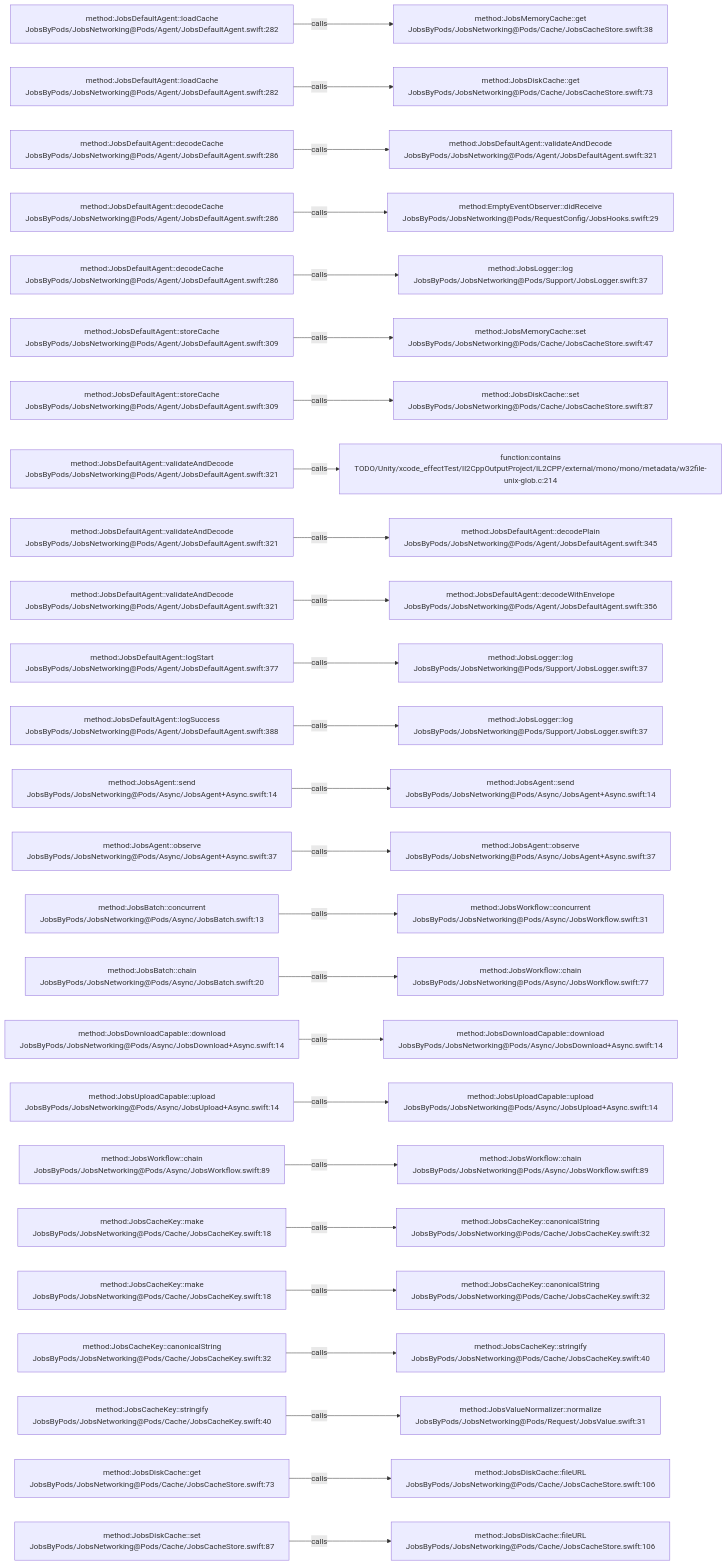
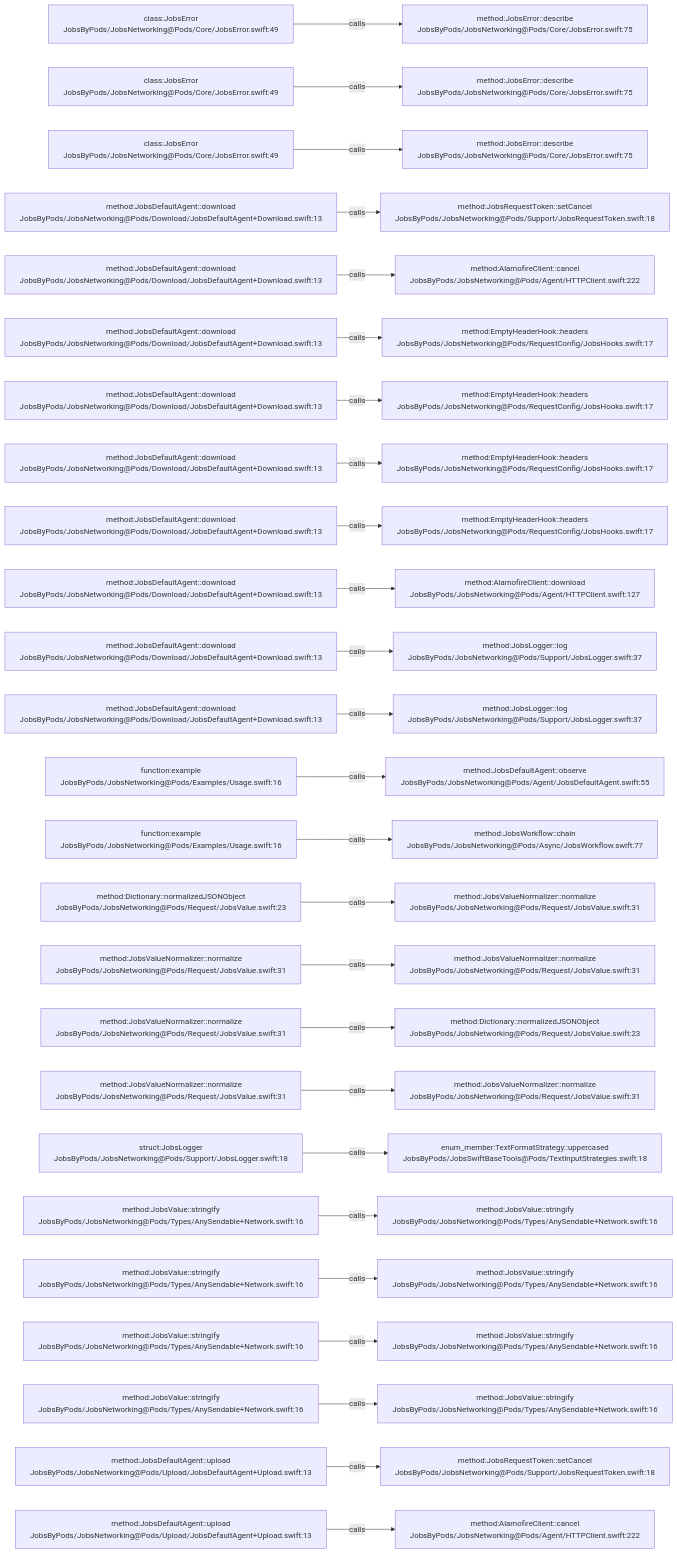
The diagram in .codegraph/codegraph.md/graphs/calls-010.md (JobsKits/JobsSwiftBaseConfigDemo), drawn with Mermaid before and after one commit. The commit also changed 2959 other files, not shown here.

````diff
--- a/.codegraph/codegraph.md/graphs/calls-010.md
+++ b/.codegraph/codegraph.md/graphs/calls-010.md
@@ -13,78 +13,78 @@
 ```mermaid
 flowchart LR
-  S1["method:JobsDefaultAgent::loadCache<br/>JobsByPods/JobsNetworking@Pods/Agent/JobsDefaultAgent.swift:282"]
-  T1["method:JobsMemoryCache::get<br/>JobsByPods/JobsNetworking@Pods/Cache/JobsCacheStore.swift:38"]
+  S1["class:JobsError<br/>JobsByPods/JobsNetworking@Pods/Core/JobsError.swift:49"]
+  T1["method:JobsError::describe<br/>JobsByPods/JobsNetworking@Pods/Core/JobsError.swift:75"]
   S1 -->|calls| T1
-  S2["method:JobsDefaultAgent::loadCache<br/>JobsByPods/JobsNetworking@Pods/Agent/JobsDefaultAgent.swift:282"]
-  T2["method:JobsDiskCache::get<br/>JobsByPods/JobsNetworking@Pods/Cache/JobsCacheStore.swift:73"]
+  S2["class:JobsError<br/>JobsByPods/JobsNetworking@Pods/Core/JobsError.swift:49"]
+  T2["method:JobsError::describe<br/>JobsByPods/JobsNetworking@Pods/Core/JobsError.swift:75"]
   S2 -->|calls| T2
-  S3["method:JobsDefaultAgent::decodeCache<br/>JobsByPods/JobsNetworking@Pods/Agent/JobsDefaultAgent.swift:286"]
-  T3["method:JobsDefaultAgent::validateAndDecode<br/>JobsByPods/JobsNetworking@Pods/Agent/JobsDefaultAgent.swift:321"]
+  S3["class:JobsError<br/>JobsByPods/JobsNetworking@Pods/Core/JobsError.swift:49"]
+  T3["method:JobsError::describe<br/>JobsByPods/JobsNetworking@Pods/Core/JobsError.swift:75"]
   S3 -->|calls| T3
-  S4["method:JobsDefaultAgent::decodeCache<br/>JobsByPods/JobsNetworking@Pods/Agent/JobsDefaultAgent.swift:286"]
-  T4["method:EmptyEventObserver::didReceive<br/>JobsByPods/JobsNetworking@Pods/RequestConfig/JobsHooks.swift:29"]
+  S4["method:JobsDefaultAgent::download<br/>JobsByPods/JobsNetworking@Pods/Download/JobsDefaultAgent+Download.swift:13"]
+  T4["method:JobsRequestToken::setCancel<br/>JobsByPods/JobsNetworking@Pods/Support/JobsRequestToken.swift:18"]
   S4 -->|calls| T4
-  S5["method:JobsDefaultAgent::decodeCache<br/>JobsByPods/JobsNetworking@Pods/Agent/JobsDefaultAgent.swift:286"]
-  T5["method:JobsLogger::log<br/>JobsByPods/JobsNetworking@Pods/Support/JobsLogger.swift:37"]
+  S5["method:JobsDefaultAgent::download<br/>JobsByPods/JobsNetworking@Pods/Download/JobsDefaultAgent+Download.swift:13"]
+  T5["method:AlamofireClient::cancel<br/>JobsByPods/JobsNetworking@Pods/Agent/HTTPClient.swift:222"]
   S5 -->|calls| T5
-  S6["method:JobsDefaultAgent::storeCache<br/>JobsByPods/JobsNetworking@Pods/Agent/JobsDefaultAgent.swift:309"]
-  T6["method:JobsMemoryCache::set<br/>JobsByPods/JobsNetworking@Pods/Cache/JobsCacheStore.swift:47"]
+  S6["method:JobsDefaultAgent::download<br/>JobsByPods/JobsNetworking@Pods/Download/JobsDefaultAgent+Download.swift:13"]
+  T6["method:EmptyHeaderHook::headers<br/>JobsByPods/JobsNetworking@Pods/RequestConfig/JobsHooks.swift:17"]
   S6 -->|calls| T6
-  S7["method:JobsDefaultAgent::storeCache<br/>JobsByPods/JobsNetworking@Pods/Agent/JobsDefaultAgent.swift:309"]
-  T7["method:JobsDiskCache::set<br/>JobsByPods/JobsNetworking@Pods/Cache/JobsCacheStore.swift:87"]
+  S7["method:JobsDefaultAgent::download<br/>JobsByPods/JobsNetworking@Pods/Download/JobsDefaultAgent+Download.swift:13"]
+  T7["method:EmptyHeaderHook::headers<br/>JobsByPods/JobsNetworking@Pods/RequestConfig/JobsHooks.swift:17"]
   S7 -->|calls| T7
-  S8["method:JobsDefaultAgent::validateAndDecode<br/>JobsByPods/JobsNetworking@Pods/Agent/JobsDefaultAgent.swift:321"]
-  T8["function:contains<br/>TODO/Unity/xcode_effectTest/Il2CppOutputProject/IL2CPP/external/mono/mono/metadata/w32file-unix-glob.c:214"]
+  S8["method:JobsDefaultAgent::download<br/>JobsByPods/JobsNetworking@Pods/Download/JobsDefaultAgent+Download.swift:13"]
+  T8["method:EmptyHeaderHook::headers<br/>JobsByPods/JobsNetworking@Pods/RequestConfig/JobsHooks.swift:17"]
   S8 -->|calls| T8
-  S9["method:JobsDefaultAgent::validateAndDecode<br/>JobsByPods/JobsNetworking@Pods/Agent/JobsDefaultAgent.swift:321"]
-  T9["method:JobsDefaultAgent::decodePlain<br/>JobsByPods/JobsNetworking@Pods/Agent/JobsDefaultAgent.swift:345"]
+  S9["method:JobsDefaultAgent::download<br/>JobsByPods/JobsNetworking@Pods/Download/JobsDefaultAgent+Download.swift:13"]
+  T9["method:EmptyHeaderHook::headers<br/>JobsByPods/JobsNetworking@Pods/RequestConfig/JobsHooks.swift:17"]
   S9 -->|calls| T9
-  S10["method:JobsDefaultAgent::validateAndDecode<br/>JobsByPods/JobsNetworking@Pods/Agent/JobsDefaultAgent.swift:321"]
-  T10["method:JobsDefaultAgent::decodeWithEnvelope<br/>JobsByPods/JobsNetworking@Pods/Agent/JobsDefaultAgent.swift:356"]
+  S10["method:JobsDefaultAgent::download<br/>JobsByPods/JobsNetworking@Pods/Download/JobsDefaultAgent+Download.swift:13"]
+  T10["method:AlamofireClient::download<br/>JobsByPods/JobsNetworking@Pods/Agent/HTTPClient.swift:127"]
   S10 -->|calls| T10
-  S11["method:JobsDefaultAgent::logStart<br/>JobsByPods/JobsNetworking@Pods/Agent/JobsDefaultAgent.swift:377"]
+  S11["method:JobsDefaultAgent::download<br/>JobsByPods/JobsNetworking@Pods/Download/JobsDefaultAgent+Download.swift:13"]
   T11["method:JobsLogger::log<br/>JobsByPods/JobsNetworking@Pods/Support/JobsLogger.swift:37"]
   S11 -->|calls| T11
-  S12["method:JobsDefaultAgent::logSuccess<br/>JobsByPods/JobsNetworking@Pods/Agent/JobsDefaultAgent.swift:388"]
+  S12["method:JobsDefaultAgent::download<br/>JobsByPods/JobsNetworking@Pods/Download/JobsDefaultAgent+Download.swift:13"]
   T12["method:JobsLogger::log<br/>JobsByPods/JobsNetworking@Pods/Support/JobsLogger.swift:37"]
   S12 -->|calls| T12
-  S13["method:JobsAgent::send<br/>JobsByPods/JobsNetworking@Pods/Async/JobsAgent+Async.swift:14"]
-  T13["method:JobsAgent::send<br/>JobsByPods/JobsNetworking@Pods/Async/JobsAgent+Async.swift:14"]
+  S13["function:example<br/>JobsByPods/JobsNetworking@Pods/Examples/Usage.swift:16"]
+  T13["method:JobsDefaultAgent::observe<br/>JobsByPods/JobsNetworking@Pods/Agent/JobsDefaultAgent.swift:55"]
   S13 -->|calls| T13
-  S14["method:JobsAgent::observe<br/>JobsByPods/JobsNetworking@Pods/Async/JobsAgent+Async.swift:37"]
-  T14["method:JobsAgent::observe<br/>JobsByPods/JobsNetworking@Pods/Async/JobsAgent+Async.swift:37"]
+  S14["function:example<br/>JobsByPods/JobsNetworking@Pods/Examples/Usage.swift:16"]
+  T14["method:JobsWorkflow::chain<br/>JobsByPods/JobsNetworking@Pods/Async/JobsWorkflow.swift:77"]
   S14 -->|calls| T14
-  S15["method:JobsBatch::concurrent<br/>JobsByPods/JobsNetworking@Pods/Async/JobsBatch.swift:13"]
-  T15["method:JobsWorkflow::concurrent<br/>JobsByPods/JobsNetworking@Pods/Async/JobsWorkflow.swift:31"]
+  S15["method:Dictionary::normalizedJSONObject<br/>JobsByPods/JobsNetworking@Pods/Request/JobsValue.swift:23"]
+  T15["method:JobsValueNormalizer::normalize<br/>JobsByPods/JobsNetworking@Pods/Request/JobsValue.swift:31"]
   S15 -->|calls| T15
-  S16["method:JobsBatch::chain<br/>JobsByPods/JobsNetworking@Pods/Async/JobsBatch.swift:20"]
-  T16["method:JobsWorkflow::chain<br/>JobsByPods/JobsNetworking@Pods/Async/JobsWorkflow.swift:77"]
+  S16["method:JobsValueNormalizer::normalize<br/>JobsByPods/JobsNetworking@Pods/Request/JobsValue.swift:31"]
+  T16["method:JobsValueNormalizer::normalize<br/>JobsByPods/JobsNetworking@Pods/Request/JobsValue.swift:31"]
   S16 -->|calls| T16
-  S17["method:JobsDownloadCapable::download<br/>JobsByPods/JobsNetworking@Pods/Async/JobsDownload+Async.swift:14"]
-  T17["method:JobsDownloadCapable::download<br/>JobsByPods/JobsNetworking@Pods/Async/JobsDownload+Async.swift:14"]
+  S17["method:JobsValueNormalizer::normalize<br/>JobsByPods/JobsNetworking@Pods/Request/JobsValue.swift:31"]
+  T17["method:Dictionary::normalizedJSONObject<br/>JobsByPods/JobsNetworking@Pods/Request/JobsValue.swift:23"]
   S17 -->|calls| T17
-  S18["method:JobsUploadCapable::upload<br/>JobsByPods/JobsNetworking@Pods/Async/JobsUpload+Async.swift:14"]
-  T18["method:JobsUploadCapable::upload<br/>JobsByPods/JobsNetworking@Pods/Async/JobsUpload+Async.swift:14"]
+  S18["method:JobsValueNormalizer::normalize<br/>JobsByPods/JobsNetworking@Pods/Request/JobsValue.swift:31"]
+  T18["method:JobsValueNormalizer::normalize<br/>JobsByPods/JobsNetworking@Pods/Request/JobsValue.swift:31"]
   S18 -->|calls| T18
-  S19["method:JobsWorkflow::chain<br/>JobsByPods/JobsNetworking@Pods/Async/JobsWorkflow.swift:89"]
-  T19["method:JobsWorkflow::chain<br/>JobsByPods/JobsNetworking@Pods/Async/JobsWorkflow.swift:89"]
+  S19["struct:JobsLogger<br/>JobsByPods/JobsNetworking@Pods/Support/JobsLogger.swift:18"]
+  T19["enum_member:TextFormatStrategy::uppercased<br/>JobsByPods/JobsSwiftBaseTools@Pods/TextInputStrategies.swift:18"]
   S19 -->|calls| T19
-  S20["method:JobsCacheKey::make<br/>JobsByPods/JobsNetworking@Pods/Cache/JobsCacheKey.swift:18"]
-  T20["method:JobsCacheKey::canonicalString<br/>JobsByPods/JobsNetworking@Pods/Cache/JobsCacheKey.swift:32"]
+  S20["method:JobsValue::stringify<br/>JobsByPods/JobsNetworking@Pods/Types/AnySendable+Network.swift:16"]
+  T20["method:JobsValue::stringify<br/>JobsByPods/JobsNetworking@Pods/Types/AnySendable+Network.swift:16"]
   S20 -->|calls| T20
-  S21["method:JobsCacheKey::make<br/>JobsByPods/JobsNetworking@Pods/Cache/JobsCacheKey.swift:18"]
-  T21["method:JobsCacheKey::canonicalString<br/>JobsByPods/JobsNetworking@Pods/Cache/JobsCacheKey.swift:32"]
+  S21["method:JobsValue::stringify<br/>JobsByPods/JobsNetworking@Pods/Types/AnySendable+Network.swift:16"]
+  T21["method:JobsValue::stringify<br/>JobsByPods/JobsNetworking@Pods/Types/AnySendable+Network.swift:16"]
   S21 -->|calls| T21
-  S22["method:JobsCacheKey::canonicalString<br/>JobsByPods/JobsNetworking@Pods/Cache/JobsCacheKey.swift:32"]
-  T22["method:JobsCacheKey::stringify<br/>JobsByPods/JobsNetworking@Pods/Cache/JobsCacheKey.swift:40"]
+  S22["method:JobsValue::stringify<br/>JobsByPods/JobsNetworking@Pods/Types/AnySendable+Network.swift:16"]
+  T22["method:JobsValue::stringify<br/>JobsByPods/JobsNetworking@Pods/Types/AnySendable+Network.swift:16"]
   S22 -->|calls| T22
-  S23["method:JobsCacheKey::stringify<br/>JobsByPods/JobsNetworking@Pods/Cache/JobsCacheKey.swift:40"]
-  T23["method:JobsValueNormalizer::normalize<br/>JobsByPods/JobsNetworking@Pods/Request/JobsValue.swift:31"]
+  S23["method:JobsValue::stringify<br/>JobsByPods/JobsNetworking@Pods/Types/AnySendable+Network.swift:16"]
+  T23["method:JobsValue::stringify<br/>JobsByPods/JobsNetworking@Pods/Types/AnySendable+Network.swift:16"]
   S23 -->|calls| T23
-  S24["method:JobsDiskCache::get<br/>JobsByPods/JobsNetworking@Pods/Cache/JobsCacheStore.swift:73"]
-  T24["method:JobsDiskCache::fileURL<br/>JobsByPods/JobsNetworking@Pods/Cache/JobsCacheStore.swift:106"]
+  S24["method:JobsDefaultAgent::upload<br/>JobsByPods/JobsNetworking@Pods/Upload/JobsDefaultAgent+Upload.swift:13"]
+  T24["method:JobsRequestToken::setCancel<br/>JobsByPods/JobsNetworking@Pods/Support/JobsRequestToken.swift:18"]
   S24 -->|calls| T24
-  S25["method:JobsDiskCache::set<br/>JobsByPods/JobsNetworking@Pods/Cache/JobsCacheStore.swift:87"]
-  T25["method:JobsDiskCache::fileURL<br/>JobsByPods/JobsNetworking@Pods/Cache/JobsCacheStore.swift:106"]
+  S25["method:JobsDefaultAgent::upload<br/>JobsByPods/JobsNetworking@Pods/Upload/JobsDefaultAgent+Upload.swift:13"]
+  T25["method:AlamofireClient::cancel<br/>JobsByPods/JobsNetworking@Pods/Agent/HTTPClient.swift:222"]
   S25 -->|calls| T25
 ```
````
